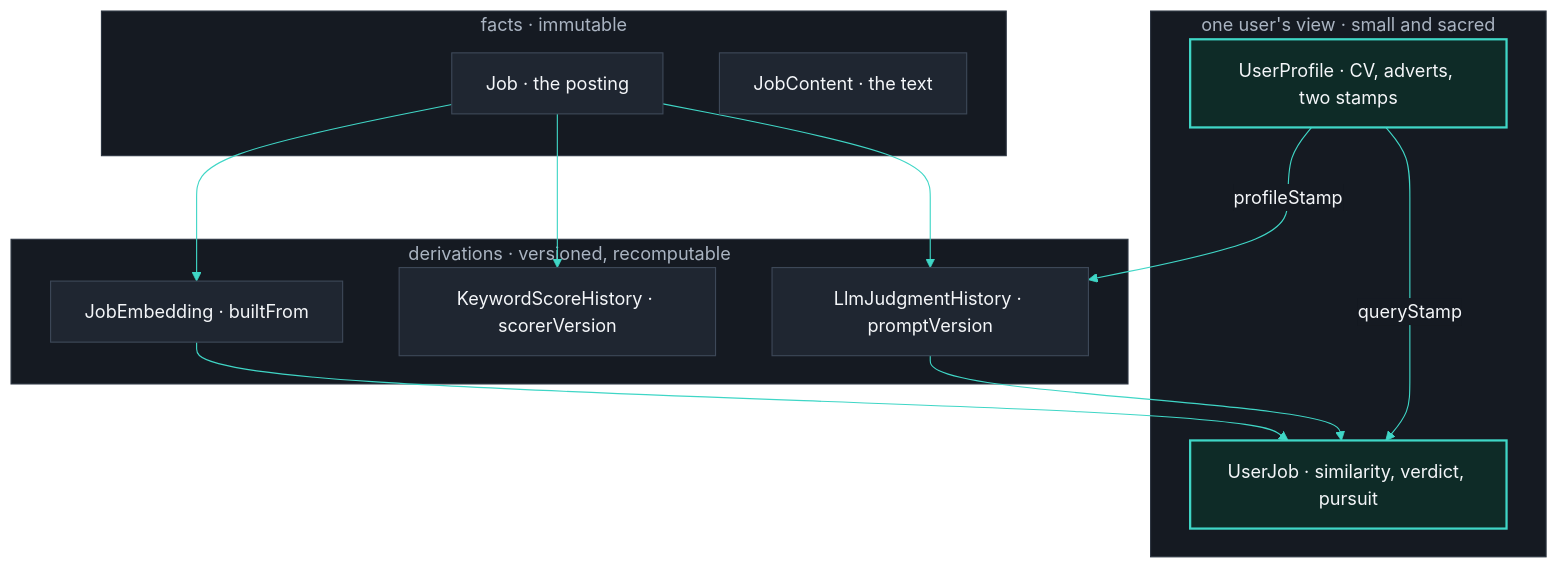
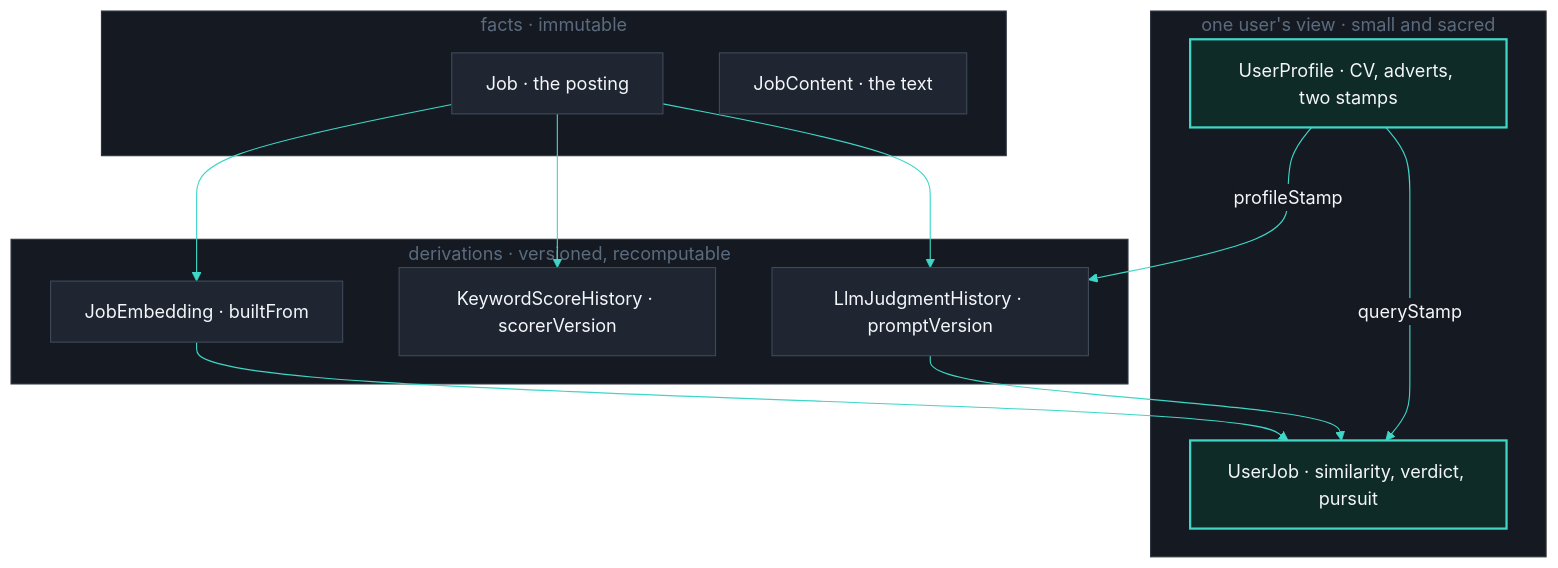
Before and after one commit to OytunOnal/jobradar-engineering: the second of 2 diagrams in README.md, drawn with Mermaid. The commit also changed other lines of this file and 2 other files, not shown here.

````diff
--- a/README.md
+++ b/README.md
@@ -61,28 +62,28 @@
 ```mermaid
 %%{init:{"theme":"base","themeVariables":{
 "primaryColor":"#1f2631","primaryTextColor":"#f4f6f9","primaryBorderColor":"#3d4858",
 "lineColor":"#3fd6c6","secondaryColor":"#1f2631","tertiaryColor":"#151a22",
-"clusterBkg":"#151a22","clusterBorder":"#2c3541","edgeLabelBackground":"#151a22","titleColor":"#aab4c2"
+"clusterBkg":"#151a22","clusterBorder":"#2c3541","edgeLabelBackground":"#151a22","titleColor":"#5b6b7d"
 },"flowchart":{"wrappingWidth":220,"curve":"basis"}}}%%
 flowchart TD
   subgraph FACTS["facts · immutable"]
     JOB["Job · the posting"]
     JC["JobContent · the text"]
   end
   subgraph DERIVED["derivations · versioned, recomputable"]
     JE["JobEmbedding · builtFrom"]
     KSH["KeywordScoreHistory · scorerVersion"]
     LJH["LlmJudgmentHistory · promptVersion"]
   end
   subgraph MINE["one user's view · small and sacred"]
     UJ["UserJob · similarity, verdict, pursuit"]
     UP["UserProfile · CV, adverts, two stamps"]
   end
   JOB --> JE --> UJ
   JOB --> KSH
   JOB --> LJH --> UJ
   UP -- "queryStamp" --> UJ
   UP -- "profileStamp" --> LJH
   classDef key fill:#0e2b27,stroke:#3fd6c6,stroke-width:2px,color:#f4f6f9
   class UJ,UP key
 ```
````
